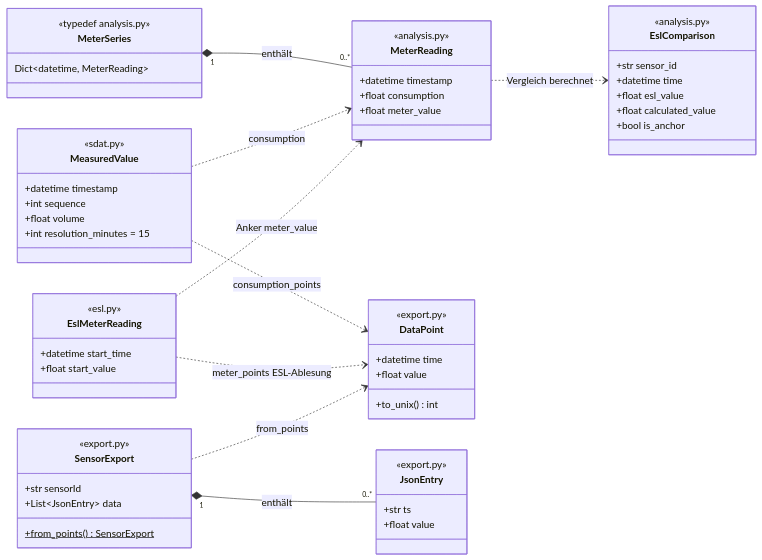
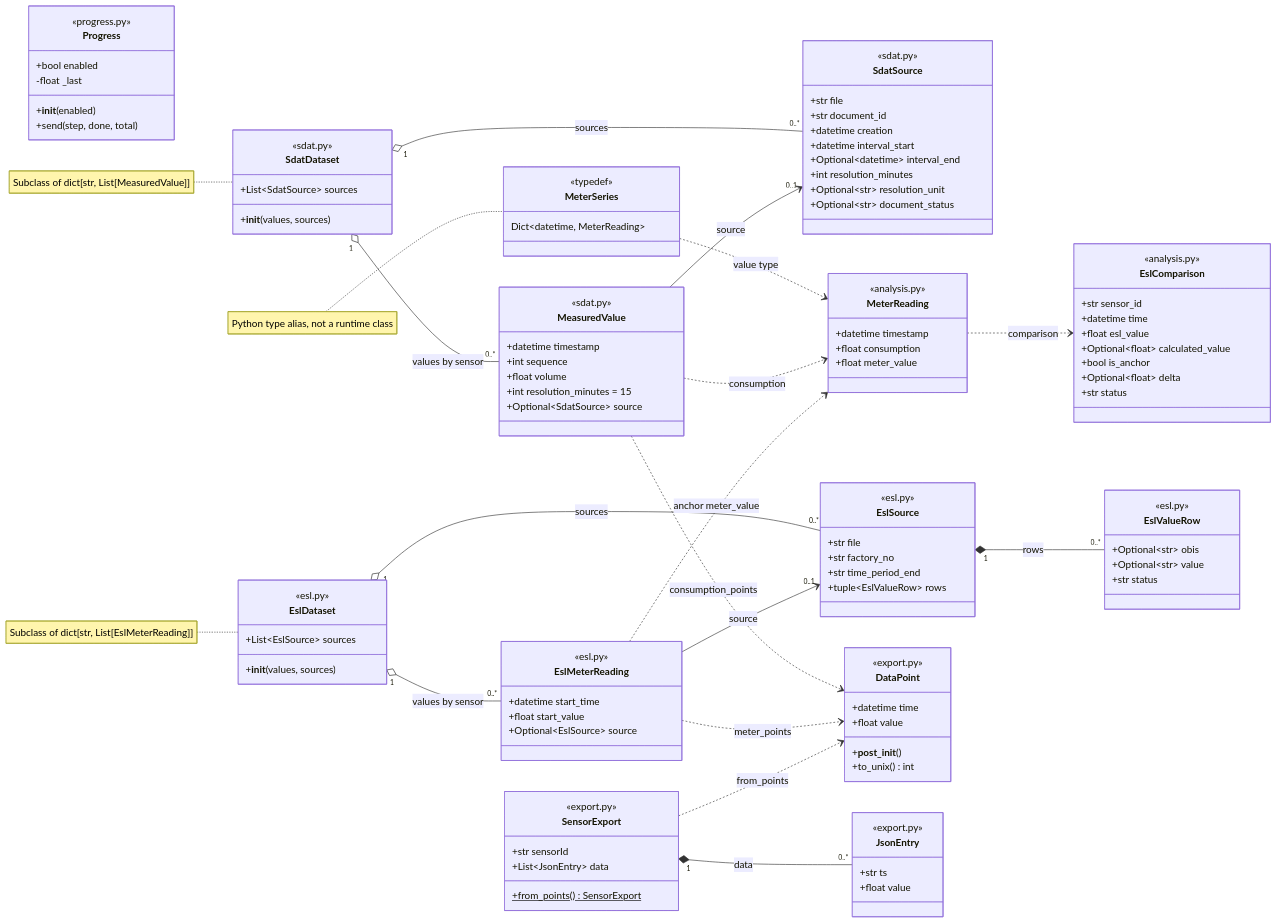
Before and after one commit to im24b-seminaral/volt-trace: the diagram in docs/architecture/class-diagram.mmd, drawn with Mermaid. The commit also changed 2 other files, not shown here.

```diff
--- a/docs/architecture/class-diagram.mmd
+++ b/docs/architecture/class-diagram.mmd
@@ -1,66 +1,129 @@
 classDiagram
     direction LR
 
     class MeasuredValue {
         <<sdat.py>>
         +datetime timestamp
         +int sequence
         +float volume
         +int resolution_minutes = 15
+        +Optional~SdatSource~ source
+    }
+
+    class SdatSource {
+        <<sdat.py>>
+        +str file
+        +str document_id
+        +datetime creation
+        +datetime interval_start
+        +Optional~datetime~ interval_end
+        +int resolution_minutes
+        +Optional~str~ resolution_unit
+        +Optional~str~ document_status
+    }
+
+    class SdatDataset {
+        <<sdat.py>>
+        +List~SdatSource~ sources
+        +__init__(values, sources)
     }
 
     class EslMeterReading {
         <<esl.py>>
         +datetime start_time
         +float start_value
+        +Optional~EslSource~ source
+    }
+
+    class EslValueRow {
+        <<esl.py>>
+        +Optional~str~ obis
+        +Optional~str~ value
+        +str status
+    }
+
+    class EslSource {
+        <<esl.py>>
+        +str file
+        +str factory_no
+        +str time_period_end
+        +tuple~EslValueRow~ rows
+    }
+
+    class EslDataset {
+        <<esl.py>>
+        +List~EslSource~ sources
+        +__init__(values, sources)
     }
 
     class MeterReading {
         <<analysis.py>>
         +datetime timestamp
         +float consumption
         +float meter_value
     }
 
     class MeterSeries {
-        <<typedef analysis.py>>
+        <<typedef>>
         Dict~datetime, MeterReading~
     }
 
     class EslComparison {
         <<analysis.py>>
         +str sensor_id
         +datetime time
         +float esl_value
-        +float calculated_value
+        +Optional~float~ calculated_value
         +bool is_anchor
+        +Optional~float~ delta
+        +str status
     }
 
     class DataPoint {
         <<export.py>>
         +datetime time
         +float value
+        +__post_init__()
         +to_unix() int
     }
 
     class JsonEntry {
         <<export.py>>
         +str ts
         +float value
     }
 
     class SensorExport {
         <<export.py>>
         +str sensorId
         +List~JsonEntry~ data
         +from_points()$ SensorExport
     }
 
-    MeterSeries "1" *-- "0..*" MeterReading : enthält
+    class Progress {
+        <<progress.py>>
+        +bool enabled
+        -float _last
+        +__init__(enabled)
+        +send(step, done, total)
+    }
+
+    note for MeterSeries "Python type alias, not a runtime class"
+    note for SdatDataset "Subclass of dict[str, List[MeasuredValue]]"
+    note for EslDataset "Subclass of dict[str, List[EslMeterReading]]"
+
+    SdatDataset "1" o-- "0..*" MeasuredValue : values by sensor
+    SdatDataset "1" o-- "0..*" SdatSource : sources
+    MeasuredValue --> "0..1" SdatSource : source
+    EslDataset "1" o-- "0..*" EslMeterReading : values by sensor
+    EslDataset "1" o-- "0..*" EslSource : sources
+    EslMeterReading --> "0..1" EslSource : source
+    EslSource "1" *-- "0..*" EslValueRow : rows
+    MeterSeries ..> MeterReading : value type
     MeasuredValue ..> MeterReading : consumption
-    EslMeterReading ..> MeterReading : Anker meter_value
-    MeterReading ..> EslComparison : Vergleich berechnet
+    EslMeterReading ..> MeterReading : anchor meter_value
+    MeterReading ..> EslComparison : comparison
     MeasuredValue ..> DataPoint : consumption_points
-    EslMeterReading ..> DataPoint : meter_points ESL-Ablesung
-    SensorExport "1" *-- "0..*" JsonEntry : enthält
+    EslMeterReading ..> DataPoint : meter_points
+    SensorExport "1" *-- "0..*" JsonEntry : data
     SensorExport ..> DataPoint : from_points
```
